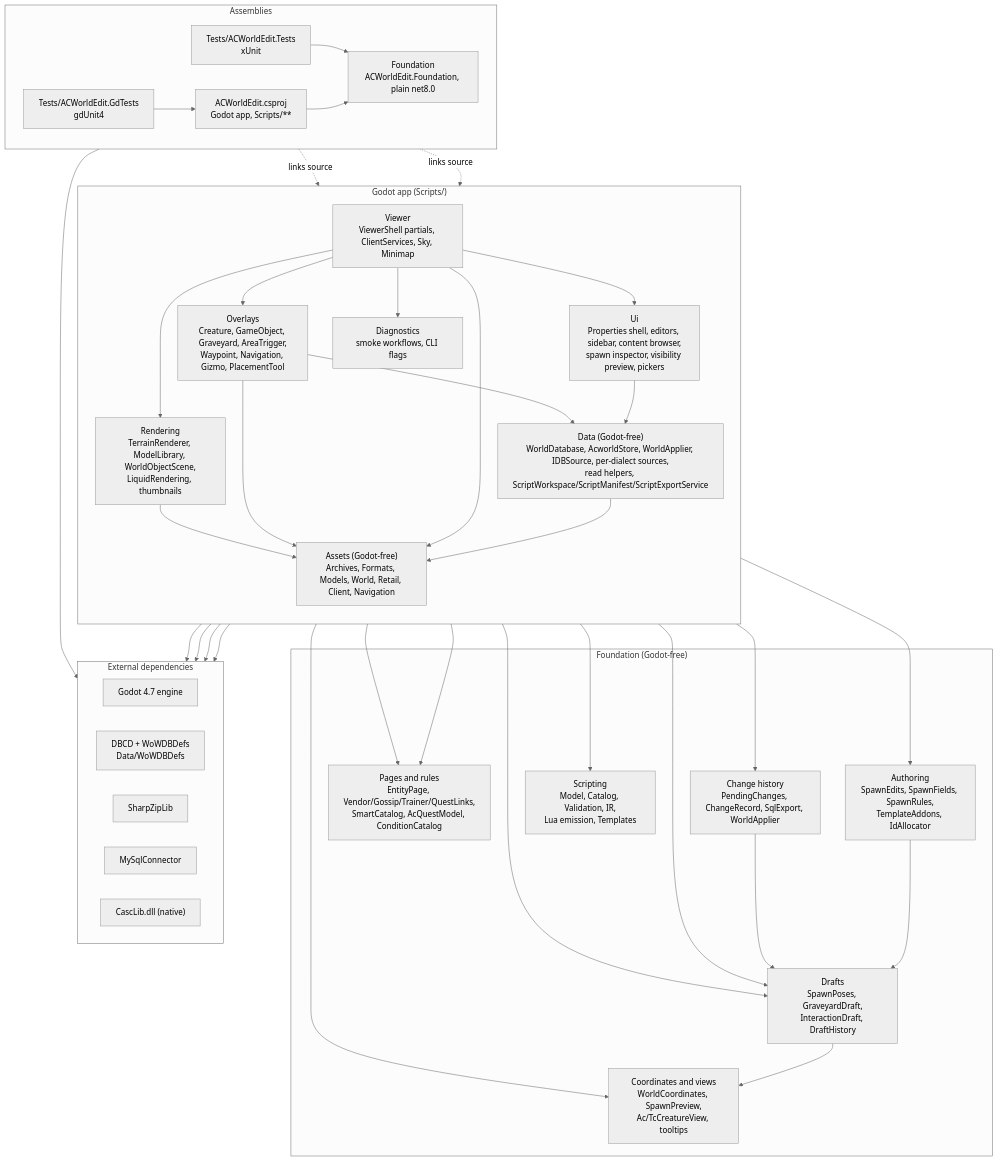
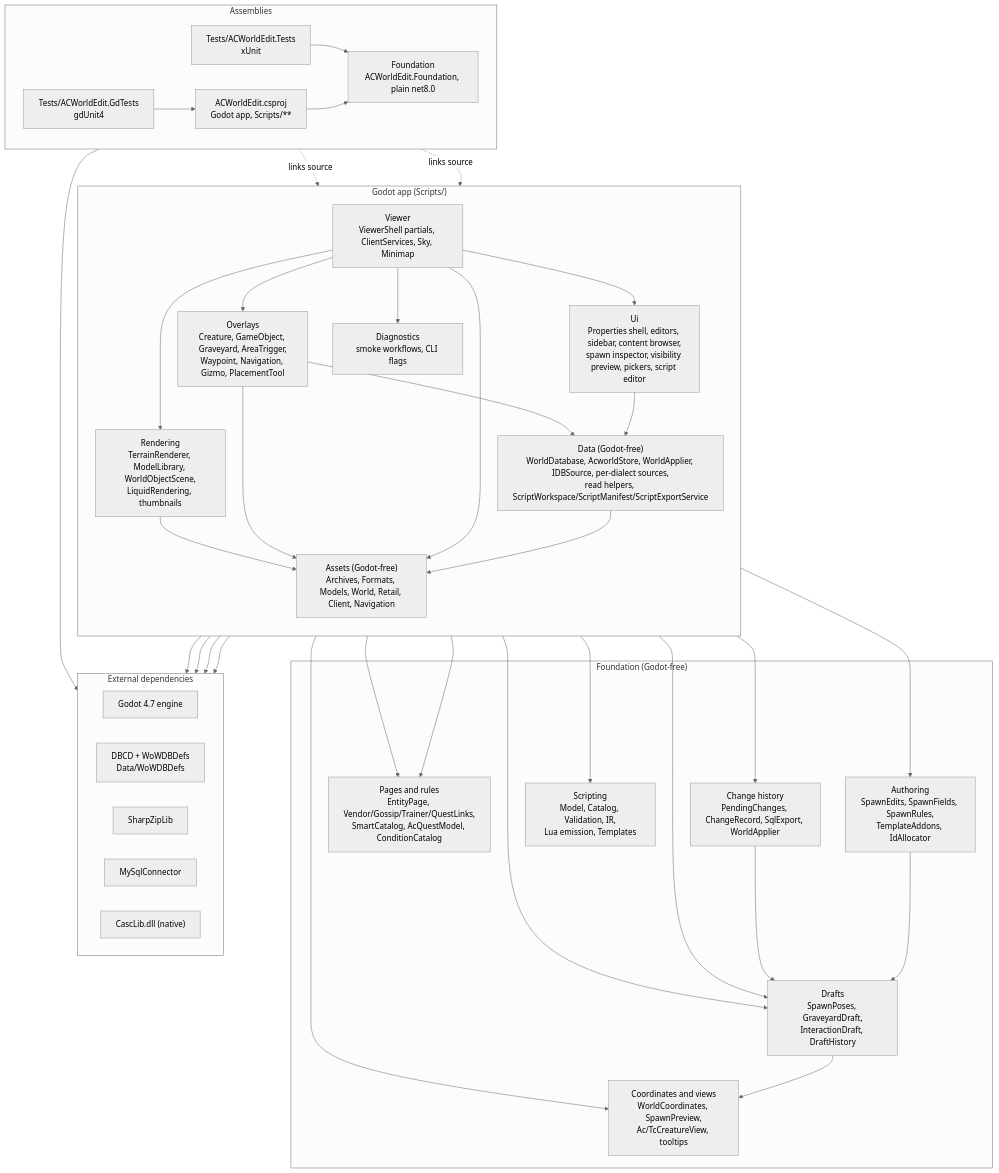
One commit to glitterfartz/ac-world-edit changed the second of 2 diagrams in docs/architecture/overview.md. Above: the diagram before and after it, drawn with Mermaid (neutral theme). The commit also changed other lines of this file and 27 other files, not shown here.

Commit message:
feat(scripting): add the visual script editor

````diff
--- a/docs/architecture/overview.md
+++ b/docs/architecture/overview.md
@@ -51,71 +51,71 @@
 ```mermaid
 flowchart TB
     subgraph Assemblies
         direction LR
         app["ACWorldEdit.csproj<br/>Godot app, Scripts/**"]
         fdn["Foundation<br/>ACWorldEdit.Foundation, plain net8.0"]
         tests["Tests/ACWorldEdit.Tests<br/>xUnit"]
         gd["Tests/ACWorldEdit.GdTests<br/>gdUnit4"]
     end
 
     subgraph Godot_app["Godot app (Scripts/)"]
         direction TB
         viewer["Viewer<br/>ViewerShell partials, ClientServices, Sky, Minimap"]
         render["Rendering<br/>TerrainRenderer, ModelLibrary, WorldObjectScene,<br/>LiquidRendering, thumbnails"]
         overlays["Overlays<br/>Creature, GameObject, Graveyard, AreaTrigger,<br/>Waypoint, Navigation, Gizmo, PlacementTool"]
-        ui["Ui<br/>Properties shell, editors, sidebar, content browser,<br/>spawn inspector, visibility preview, pickers"]
+        ui["Ui<br/>Properties shell, editors, sidebar, content browser,<br/>spawn inspector, visibility preview, pickers, script editor"]
         diag["Diagnostics<br/>smoke workflows, CLI flags"]
         data["Data (Godot-free)<br/>WorldDatabase, AcworldStore, WorldApplier, IDBSource, per-dialect sources,<br/>read helpers, ScriptWorkspace/ScriptManifest/ScriptExportService"]
         assets["Assets (Godot-free)<br/>Archives, Formats, Models, World, Retail, Client, Navigation"]
     end
 
     subgraph Shared_logic["Foundation (Godot-free)"]
         drafts["Drafts<br/>SpawnPoses, GraveyardDraft,<br/>InteractionDraft, DraftHistory"]
         authoring["Authoring<br/>SpawnEdits, SpawnFields, SpawnRules,<br/>TemplateAddons, IdAllocator"]
         pages["Pages and rules<br/>EntityPage, Vendor/Gossip/Trainer/QuestLinks,<br/>SmartCatalog, AcQuestModel, ConditionCatalog"]
         export["Change history<br/>PendingChanges, ChangeRecord, SqlExport, WorldApplier"]
         scripting["Scripting<br/>Model, Catalog, Validation, IR,<br/>Lua emission, Templates"]
         misc["Coordinates and views<br/>WorldCoordinates, SpawnPreview,<br/>Ac/TcCreatureView, tooltips"]
     end
 
     subgraph External["External dependencies"]
         direction LR
         godot["Godot 4.7 engine"]
         dbcd["DBCD + WoWDBDefs<br/>Data/WoWDBDefs"]
         sharpzip["SharpZipLib"]
         mysql["MySqlConnector"]
         casc["CascLib.dll (native)"]
     end
 
     viewer --> render
     viewer --> overlays
     viewer --> ui
     viewer --> diag
     overlays --> data
     overlays --> drafts
     overlays --> authoring
     ui --> drafts
     ui --> pages
     ui --> data
     viewer --> export
     render --> assets
     overlays --> assets
     viewer --> assets
     data --> assets
     data --> pages
     data --> misc
     drafts --> misc
     authoring --> drafts
     export --> drafts
     app --> godot
     assets --> dbcd
     assets --> sharpzip
     assets --> casc
     data --> mysql
     data --> scripting
     tests -. links source .-> assets
     tests -. links source .-> data
     tests --> fdn
     gd --> app
     app --> fdn
 ```
````
